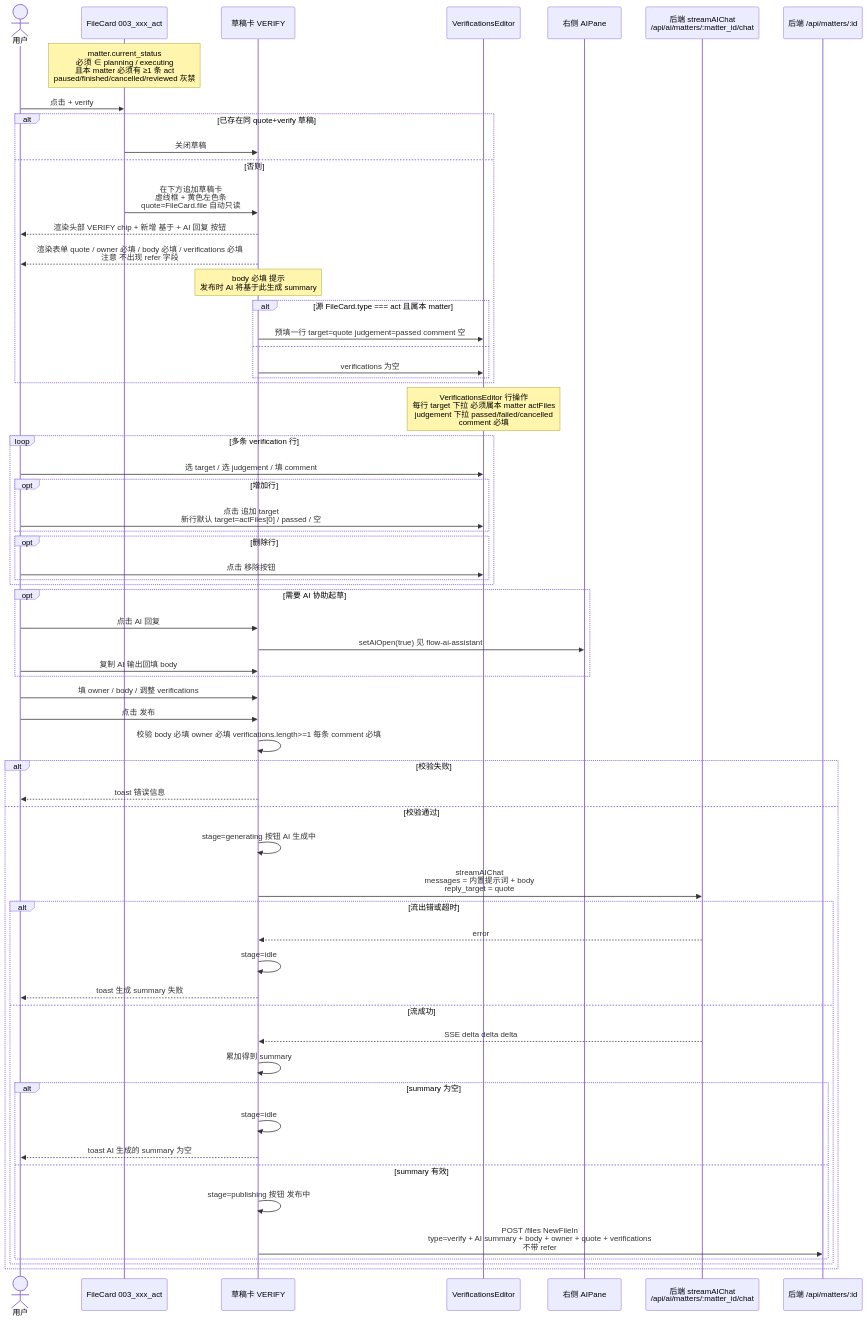
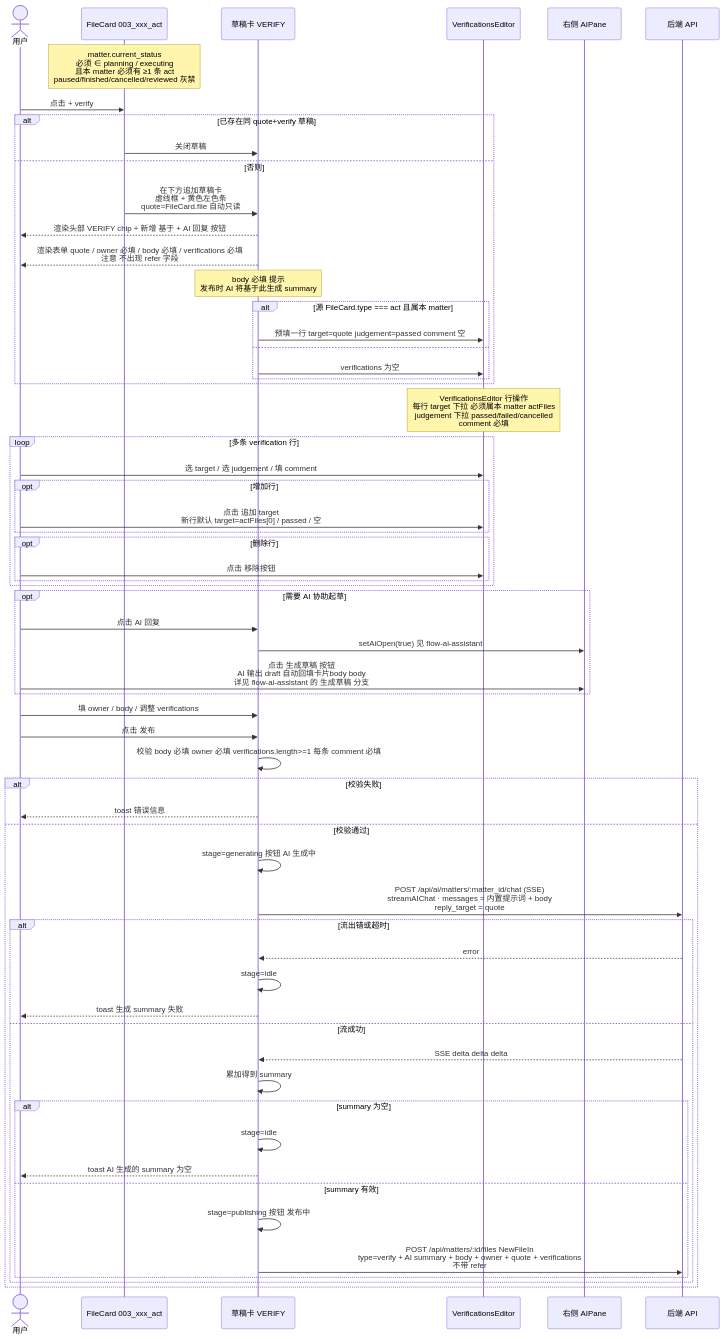
The diagram in AI-docs/workflow-interaction/flow-verify-card.md (Tjk666Tjk6660/team-pivot-web), drawn with Mermaid before and after one commit. The commit also changed 2 other files, not shown here.

Commit message:
docs(matter): add workflow-interaction sequence diagram

````diff
--- a/AI-docs/workflow-interaction/flow-verify-card.md
+++ b/AI-docs/workflow-interaction/flow-verify-card.md
@@ -10,74 +10,73 @@
 ```mermaid
 sequenceDiagram
   actor U as 用户
   participant FC as FileCard 003_xxx_act
   participant DC as 草稿卡 VERIFY
   participant VE as VerificationsEditor
   participant AP as 右侧 AIPane
-  participant CHAT as 后端 streamAIChat<br/>/api/ai/matters/:matter_id/chat
-  participant API as 后端 /api/matters/:id
+  participant API as 后端 API
 
   Note over FC: matter.current_status<br/>必须 ∈ planning / executing<br/>且本 matter 必须有 ≥1 条 act<br/>paused/finished/cancelled/reviewed 灰禁
 
   U->>FC: 点击 + verify
   alt 已存在同 quote+verify 草稿
     FC->>DC: 关闭草稿
   else 否则
     FC->>DC: 在下方追加草稿卡<br/>虚线框 + 黄色左色条<br/>quote=FileCard.file 自动只读
     DC-->>U: 渲染头部 VERIFY chip + 新增 基于 + AI 回复 按钮
     DC-->>U: 渲染表单 quote / owner 必填 / body 必填 / verifications 必填<br/>注意 不出现 refer 字段
     Note over DC: body 必填 提示<br/>发布时 AI 将基于此生成 summary
 
     alt 源 FileCard.type === act 且属本 matter
       DC->>VE: 预填一行 target=quote judgement=passed comment 空
     else
       DC->>VE: verifications 为空
     end
   end
 
   Note over VE: VerificationsEditor 行操作<br/>每行 target 下拉 必须属本 matter actFiles<br/>judgement 下拉 passed/failed/cancelled<br/>comment 必填
 
   loop 多条 verification 行
     U->>VE: 选 target / 选 judgement / 填 comment
     opt 增加行
       U->>VE: 点击 追加 target<br/>新行默认 target=actFiles[0] / passed / 空
     end
     opt 删除行
       U->>VE: 点击 移除按钮
     end
   end
 
   opt 需要 AI 协助起草
     U->>DC: 点击 AI 回复
     DC->>AP: setAiOpen(true) 见 flow-ai-assistant
-    U->>DC: 复制 AI 输出回填 body
+    U->>AP: 点击 生成草稿 按钮<br/>AI 输出 draft 自动回填卡片body body<br/>详见 flow-ai-assistant 的 生成草稿 分支
   end
 
   U->>DC: 填 owner / body / 调整 verifications
   U->>DC: 点击 发布
 
   DC->>DC: 校验 body 必填 owner 必填 verifications.length>=1 每条 comment 必填
   alt 校验失败
     DC-->>U: toast 错误信息
   else 校验通过
     DC->>DC: stage=generating 按钮 AI 生成中
 
-    DC->>CHAT: streamAIChat<br/>messages = 内置提示词 + body<br/>reply_target = quote
+    DC->>API: POST /api/ai/matters/:matter_id/chat (SSE)<br/>streamAIChat · messages = 内置提示词 + body<br/>reply_target = quote
     alt 流出错或超时
-      CHAT-->>DC: error
+      API-->>DC: error
       DC->>DC: stage=idle
       DC-->>U: toast 生成 summary 失败
     else 流成功
-      CHAT-->>DC: SSE delta delta delta
+      API-->>DC: SSE delta delta delta
       DC->>DC: 累加得到 summary
 
       alt summary 为空
         DC->>DC: stage=idle
         DC-->>U: toast AI 生成的 summary 为空
       else summary 有效
         DC->>DC: stage=publishing 按钮 发布中
-        DC->>API: POST /files NewFileIn<br/>type=verify + AI summary + body + owner + quote + verifications<br/>不带 refer
+        DC->>API: POST /api/matters/:id/files NewFileIn<br/>type=verify + AI summary + body + owner + quote + verifications<br/>不带 refer
       end
     end
   end
 ```
````
